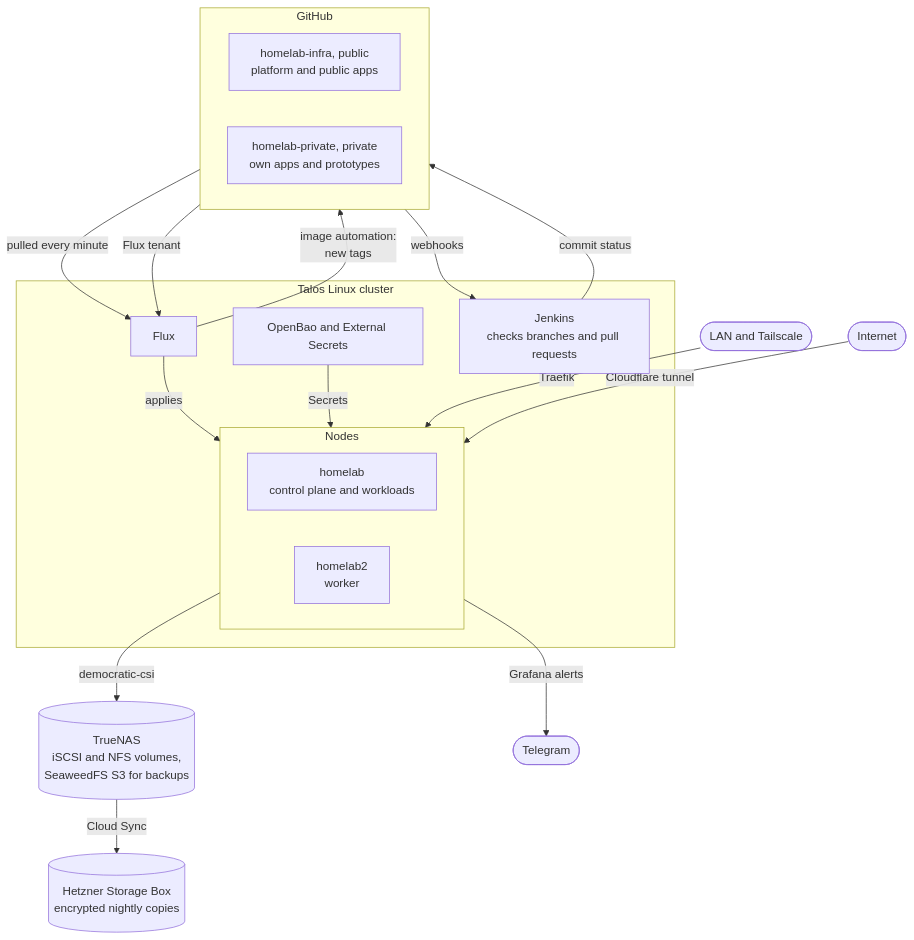
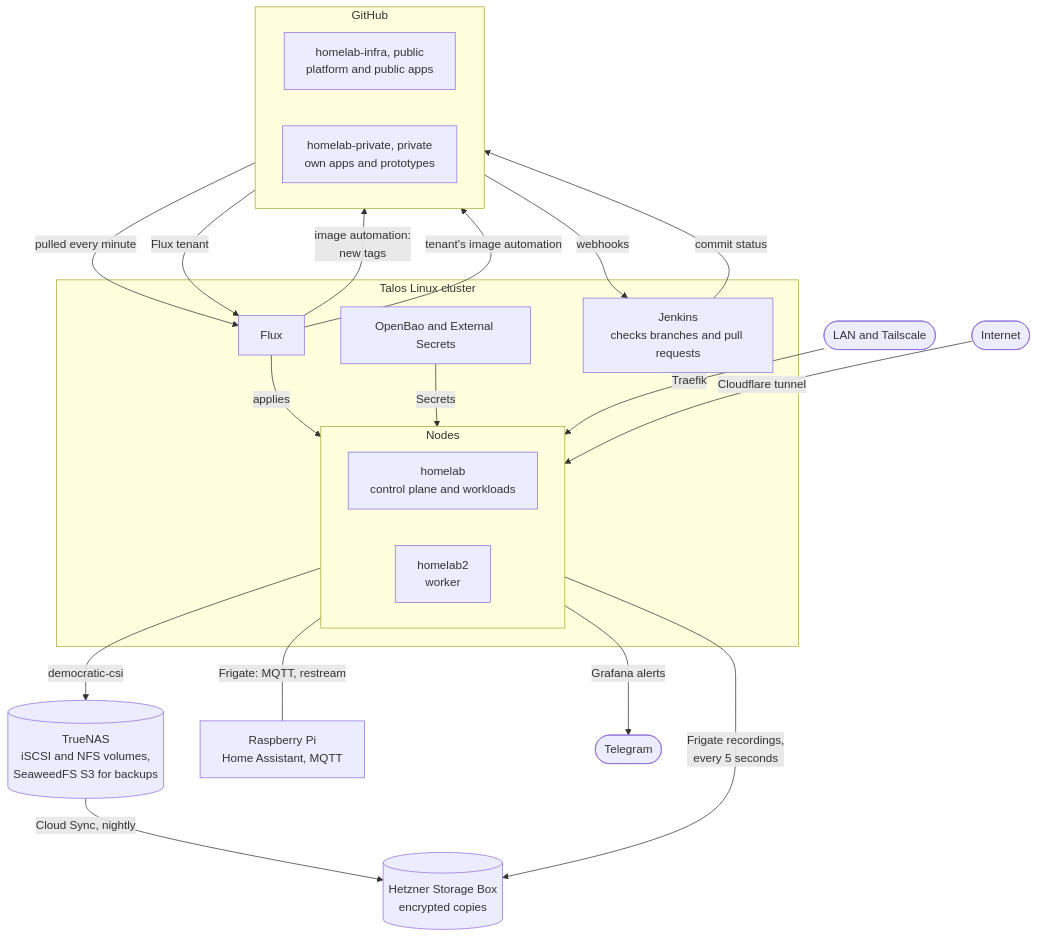
The first of 4 diagrams in docs/gitops.md (barissekerciler/homelab-infra), drawn with Mermaid before and after one commit. The commit also changed other lines of this file, not shown here.

Commit message:
Show Frigate's uploads, the Pi and the tenant's image automation in the diagrams

````diff
--- a/docs/gitops.md
+++ b/docs/gitops.md
@@ -10,38 +10,42 @@
 ```mermaid
 flowchart TB
   subgraph github["GitHub"]
     direction LR
     infra["homelab-infra, public<br/>platform and public apps"]
     private["homelab-private, private<br/>own apps and prototypes"]
   end
 
   subgraph cluster["Talos Linux cluster"]
     flux["Flux"]
     subgraph nodes["Nodes"]
       direction LR
       cp["homelab<br/>control plane and workloads"]
       worker["homelab2<br/>worker"]
     end
     secrets["OpenBao and External Secrets"]
     jenkins["Jenkins<br/>checks branches and pull requests"]
   end
 
   nas[("TrueNAS<br/>iSCSI and NFS volumes,<br/>SeaweedFS S3 for backups")]
-  offsite[("Hetzner Storage Box<br/>encrypted nightly copies")]
+  offsite[("Hetzner Storage Box<br/>encrypted copies")]
+  pi["Raspberry Pi<br/>Home Assistant, MQTT"]
   lan(["LAN and Tailscale"])
   internet(["Internet"])
   telegram(["Telegram"])
 
   infra -- "webhooks" --> jenkins
   jenkins -- "commit status" --> infra
   infra -- "pulled every minute" --> flux
   flux -- "image automation:<br/>new tags" --> infra
+  flux -- "tenant's image automation" --> private
   private -- "Flux tenant" --> flux
   flux -- "applies" --> nodes
   secrets -- "Secrets" --> nodes
   nodes -- "democratic-csi" --> nas
-  nas -- "Cloud Sync" --> offsite
+  nas -- "Cloud Sync, nightly" --> offsite
+  nodes -- "Frigate recordings,<br/>every 5 seconds" --> offsite
+  nodes -- "Frigate: MQTT, restream" --- pi
   lan -- "Traefik" --> nodes
   internet -- "Cloudflare tunnel" --> nodes
   nodes -- "Grafana alerts" --> telegram
 ```
````
